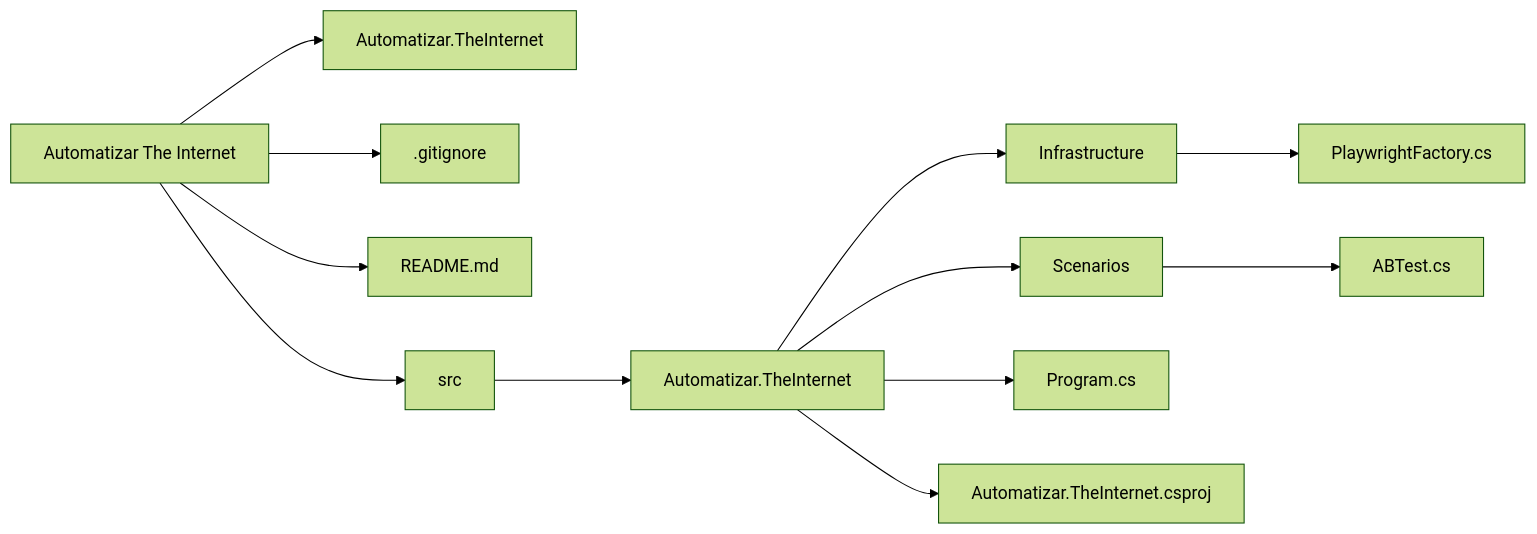
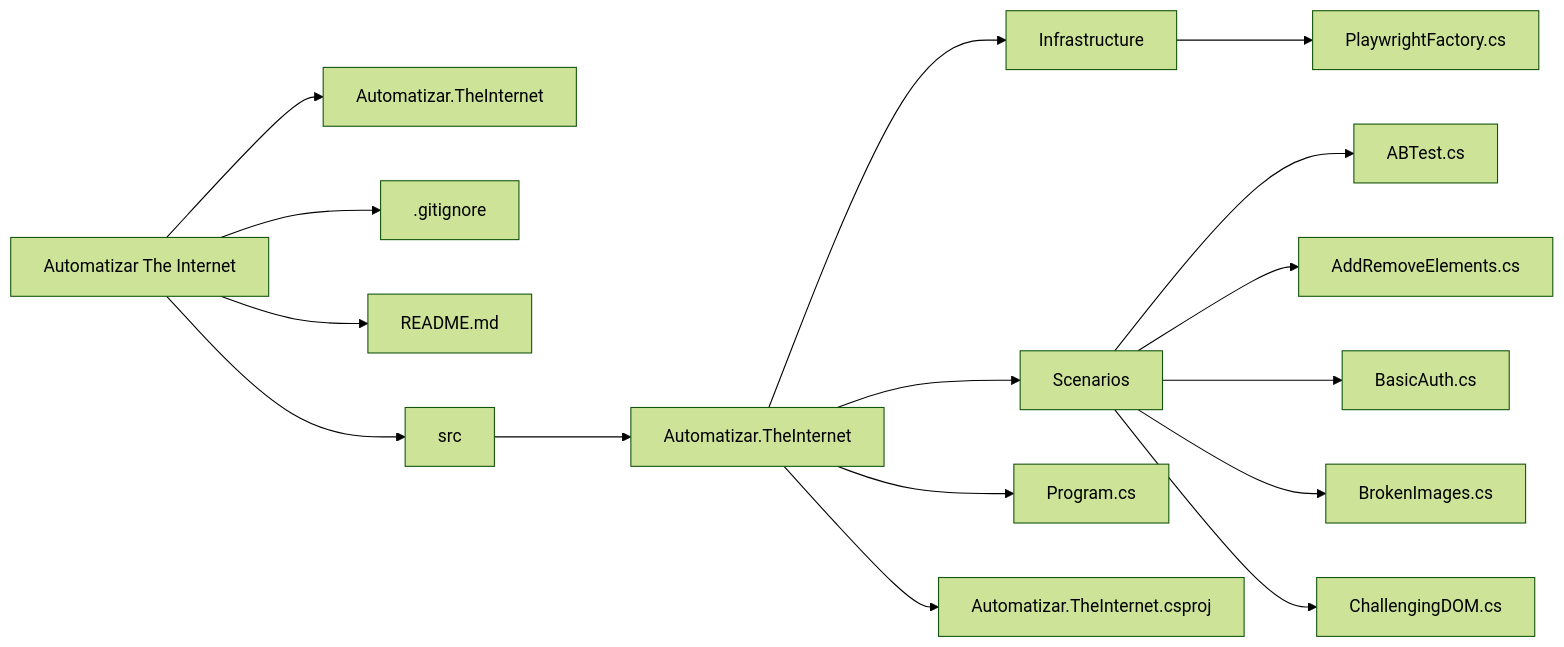
One commit to Galozi-Rafael/Automatizar-The-Internet changed the diagram in README.md. Above: the diagram before and after it, drawn with Mermaid (forest theme).

Commit message:
docs: Atualiza o README

````diff
--- a/README.md
+++ b/README.md
@@ -29,15 +29,19 @@
 ``` mermaid
 flowchart LR
 
 A[Automatizar The Internet] --> B[Automatizar.TheInternet]
 A --> C[.gitignore]
 A --> D[README.md]
 A --> E[src]
 E --> F[Automatizar.TheInternet]
 F --> G[Infrastructure]
 F --> H[Scenarios]
 F --> I[Program.cs]
 F --> J[Automatizar.TheInternet.csproj]
 G --> K[PlaywrightFactory.cs]
 H --> L[ABTest.cs]
+H --> M[AddRemoveElements.cs]
+H --> N[BasicAuth.cs]
+H --> O[BrokenImages.cs]
+H --> P[ChallengingDOM.cs]
 ```
````
